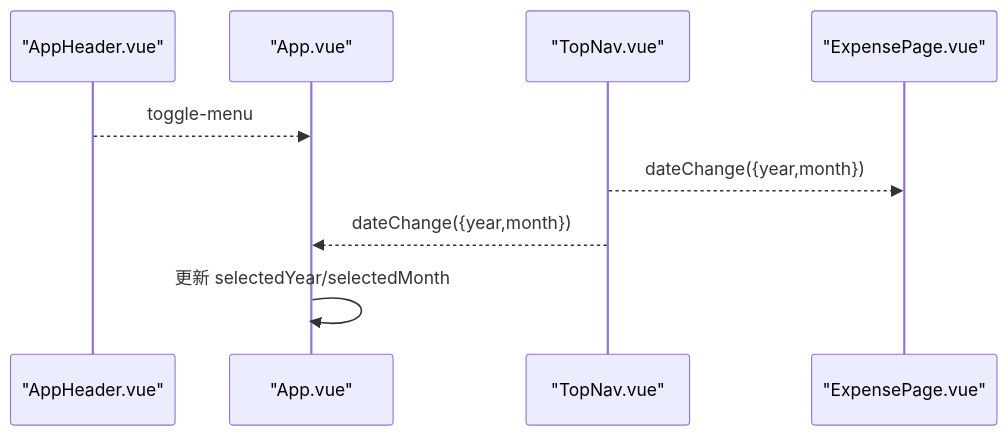
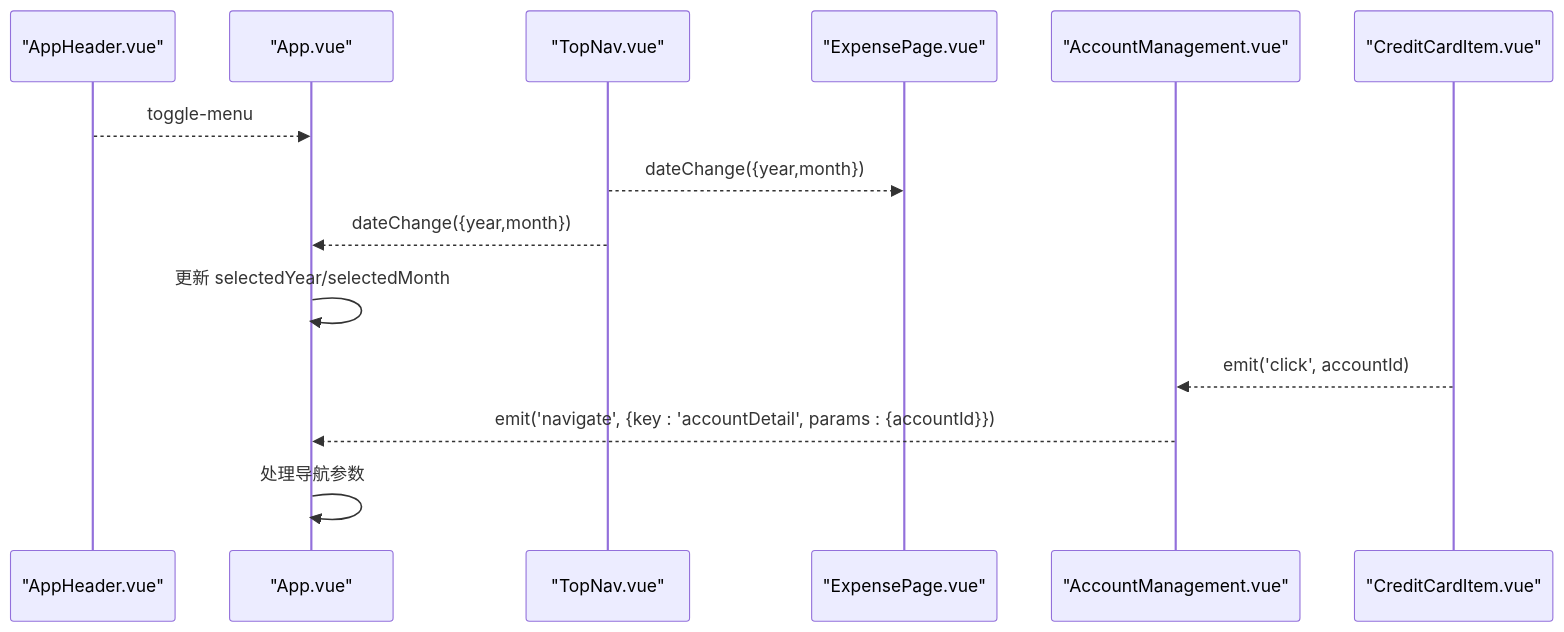
Before and after one commit to xiao-lin-unit/yuan: the fifth of 9 diagrams in .qoder/repowiki/zh/content/架构设计/组件通信机制.md, drawn with Mermaid. The commit also changed other lines of this file and 19 other files, not shown here.

````diff
--- a/.qoder/repowiki/zh/content/架构设计/组件通信机制.md
+++ b/.qoder/repowiki/zh/content/架构设计/组件通信机制.md
@@ -205,11 +248,16 @@
 ```mermaid
 sequenceDiagram
 participant Header as "AppHeader.vue"
 participant App as "App.vue"
 participant TopNav as "TopNav.vue"
 participant Exp as "ExpensePage.vue"
+participant AccMgr as "AccountManagement.vue"
+participant CardItem as "CreditCardItem.vue"
 Header-->>App : toggle-menu
 TopNav-->>Exp : dateChange({year,month})
 TopNav-->>App : dateChange({year,month})
 App->>App : 更新 selectedYear/selectedMonth
+CardItem-->>AccMgr : emit('click', accountId)
+AccMgr-->>App : emit('navigate', {key : 'accountDetail', params : {accountId}})
+App->>App : 处理导航参数
 ```
````
